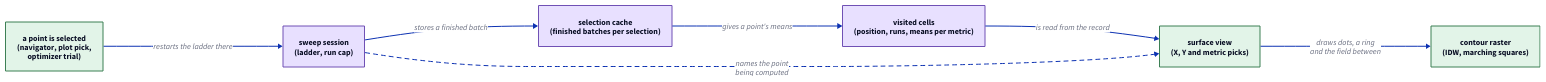
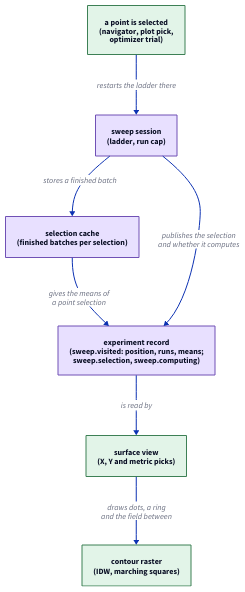
One commit to hashintel/hash changed the diagram in libs/@hashintel/petrinaut/src/react/experiments/sweep-surface-feed.d2. Above: the diagram before and after it, drawn with D2. The commit also changed 1 other file, not shown here.

Commit message:
FE-2319: Correct the sweep surface guide
Say what the caption reads, when the dimmed picture is kept, how a
scalar metric gives a point's value and where a stopped study parks.
Draw the point being computed as part of the record the surface reads.

```diff
--- a/libs/@hashintel/petrinaut/src/react/experiments/sweep-surface-feed.d2
+++ b/libs/@hashintel/petrinaut/src/react/experiments/sweep-surface-feed.d2
@@ -1,16 +1,16 @@
 # Hand-written; rendered by the arch-docs build. Palette matches src/emit/d2.ts.
-direction: right
+direction: down
 
 selection: "a point is selected\n(navigator, plot pick,\noptimizer trial)" {style.fill: "#e2f4e8"; style.stroke: "#3d8055"}
 session: "sweep session\n(ladder, run cap)" {style.fill: "#e8e0ff"; style.stroke: "#7051b5"}
 cache: "selection cache\n(finished batches per selection)" {style.fill: "#e8e0ff"; style.stroke: "#7051b5"}
-visited: "visited cells\n(position, runs, means per metric)" {style.fill: "#e8e0ff"; style.stroke: "#7051b5"}
+visited: "experiment record\n(sweep.visited: position, runs, means;\nsweep.selection, sweep.computing)" {style.fill: "#e8e0ff"; style.stroke: "#7051b5"}
 surface: "surface view\n(X, Y and metric picks)" {style.fill: "#e2f4e8"; style.stroke: "#3d8055"}
 contour: "contour raster\n(IDW, marching squares)" {style.fill: "#e2f4e8"; style.stroke: "#3d8055"}
 
 selection -> session: "restarts the ladder there"
 session -> cache: "stores a finished batch"
-cache -> visited: "gives a point's means"
-visited -> surface: "is read from the record"
-session -> surface: "names the point\nbeing computed" {style.stroke-dash: 4}
+cache -> visited: "gives the means of\na point selection"
+session -> visited: "publishes the selection\nand whether it computes"
+visited -> surface: "is read by"
 surface -> contour: "draws dots, a ring\nand the field between"
```
